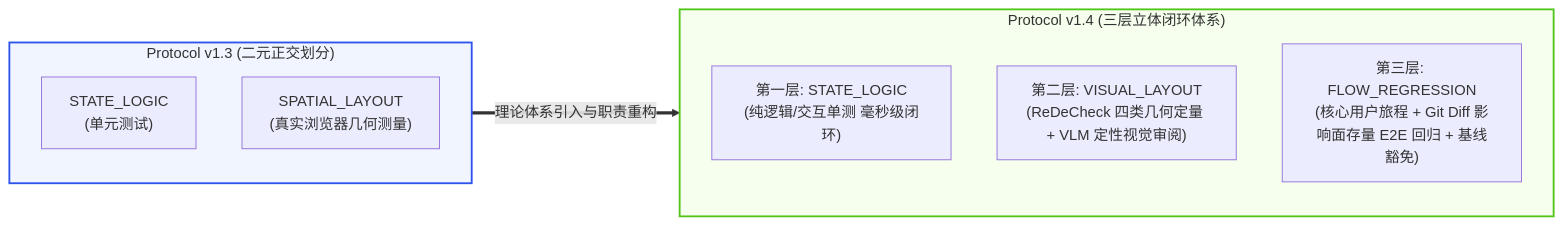
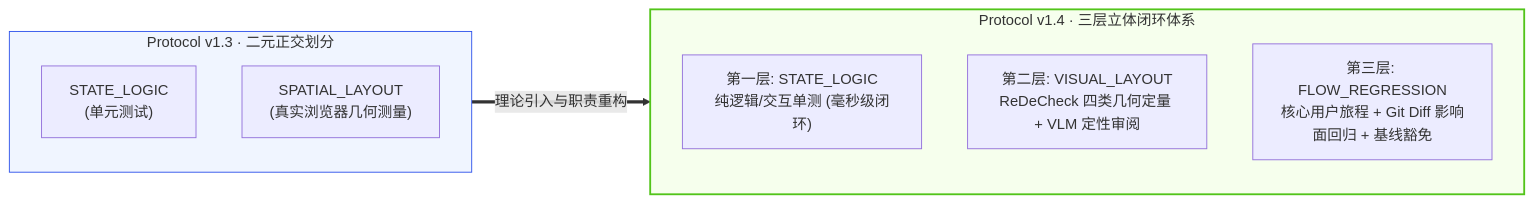
One commit to heycqing/orca-dev-squad changed the second of 5 diagrams in _shared/研发测试小分队交付协议演进对比报告（v1.0至v1.4）.md. Above: the diagram before and after it, drawn with Mermaid. The commit also changed other lines of this file, not shown here.

Commit message:
docs: 重新排版演进对比报告，优化流程图结构、表格式明细与跨端相对链接

````diff
--- a/_shared/研发测试小分队交付协议演进对比报告（v1.0至v1.4）.md
+++ b/_shared/研发测试小分队交付协议演进对比报告（v1.0至v1.4）.md
@@ -83,18 +90,20 @@
 ```mermaid
 flowchart LR
-    subgraph v1.3["Protocol v1.3 (二元正交划分)"]
+    subgraph V13["Protocol v1.3 · 二元正交划分"]
+        direction TB
         A1["STATE_LOGIC<br/>(单元测试)"]
         A2["SPATIAL_LAYOUT<br/>(真实浏览器几何测量)"]
     end
 
-    subgraph v1.4["Protocol v1.4 (三层立体闭环体系)"]
-        B1["第一层: STATE_LOGIC<br/>(纯逻辑/交互单测 毫秒级闭环)"]
-        B2["第二层: VISUAL_LAYOUT<br/>(ReDeCheck 四类几何定量 + VLM 定性视觉审阅)"]
-        B3["第三层: FLOW_REGRESSION<br/>(核心用户旅程 + Git Diff 影响面存量 E2E 回归 + 基线豁免)"]
+    subgraph V14["Protocol v1.4 · 三层立体闭环体系"]
+        direction TB
+        B1["第一层: STATE_LOGIC<br/>纯逻辑/交互单测 (毫秒级闭环)"]
+        B2["第二层: VISUAL_LAYOUT<br/>ReDeCheck 四类几何定量 + VLM 定性审阅"]
+        B3["第三层: FLOW_REGRESSION<br/>核心用户旅程 + Git Diff 影响面回归 + 基线豁免"]
     end
 
-    v1.3 ==>|理论体系引入与职责重构| v1.4
+    V13 ==>|"理论引入与职责重构"| V14
 
-    style v1.3 fill:#f0f5ff,stroke:#2f54eb,stroke-width:2px
-    style v1.4 fill:#f6ffed,stroke:#52c41a,stroke-width:2px
+    style V13 fill:#f0f5ff,stroke:#2f54eb,stroke-width:1px
+    style V14 fill:#f6ffed,stroke:#52c41a,stroke-width:2px
 ```
````
